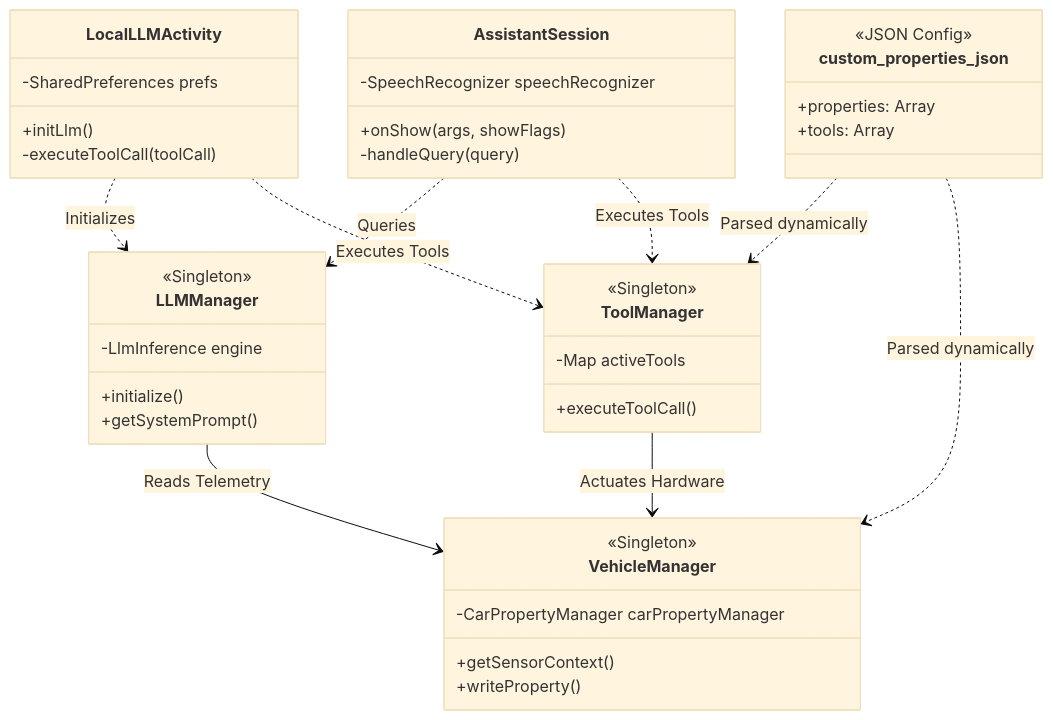
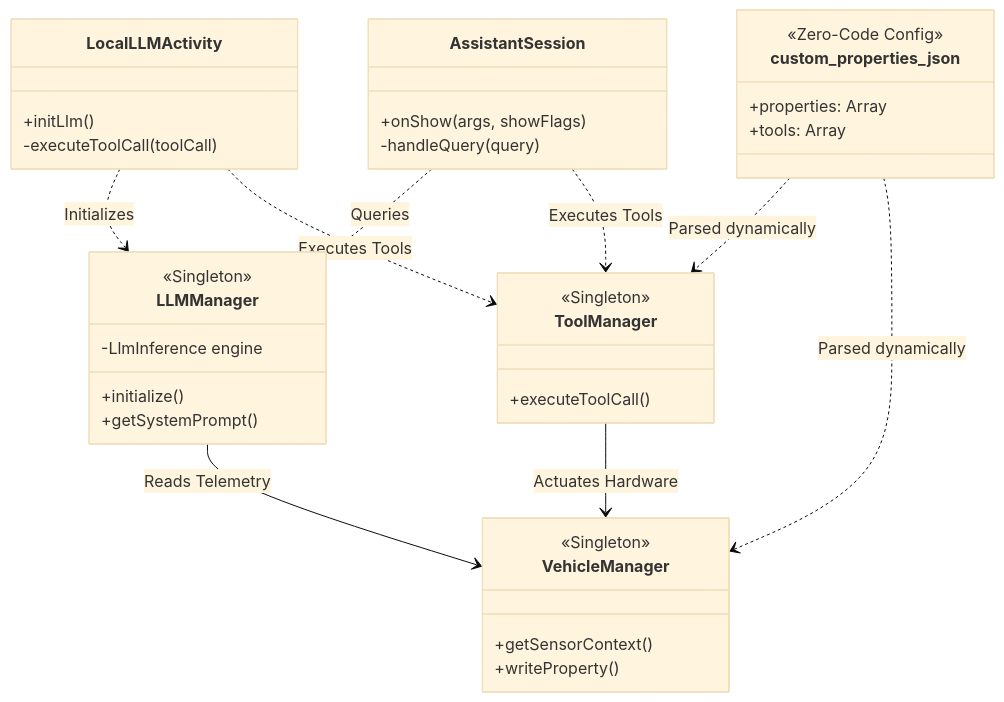
The fourth of 4 diagrams in ARCHITECTURE.md (hemangpandhi/ai-assistant), drawn with Mermaid (base theme) before and after one commit. The commit also changed other lines of this file, not shown here.

Commit message:
docs: redesign Mermaid diagrams with sleek enterprise theme

````diff
--- a/ARCHITECTURE.md
+++ b/ARCHITECTURE.md
@@ -143,50 +115,46 @@
 ```mermaid
 classDiagram
     class LocalLLMActivity {
-        -SharedPreferences prefs
         +initLlm()
         -executeToolCall(toolCall)
     }
 
     class AssistantSession {
-        -SpeechRecognizer speechRecognizer
         +onShow(args, showFlags)
         -handleQuery(query)
     }
 
     class LLMManager {
         <<Singleton>>
         -LlmInference engine
         +initialize()
         +getSystemPrompt()
     }
 
     class ToolManager {
         <<Singleton>>
-        -Map activeTools
         +executeToolCall()
     }
 
     class VehicleManager {
         <<Singleton>>
-        -CarPropertyManager carPropertyManager
         +getSensorContext()
         +writeProperty()
     }
 
     class custom_properties_json {
-        <<JSON Config>>
+        <<Zero-Code Config>>
         +properties: Array
         +tools: Array
     }
     
     %% Relationships
     LocalLLMActivity ..> LLMManager : Initializes
     AssistantSession ..> LLMManager : Queries
     LocalLLMActivity ..> ToolManager : Executes Tools
     AssistantSession ..> ToolManager : Executes Tools
     ToolManager --> VehicleManager : Actuates Hardware
     LLMManager --> VehicleManager : Reads Telemetry
     custom_properties_json ..> ToolManager : Parsed dynamically
     custom_properties_json ..> VehicleManager : Parsed dynamically
 ```
````
